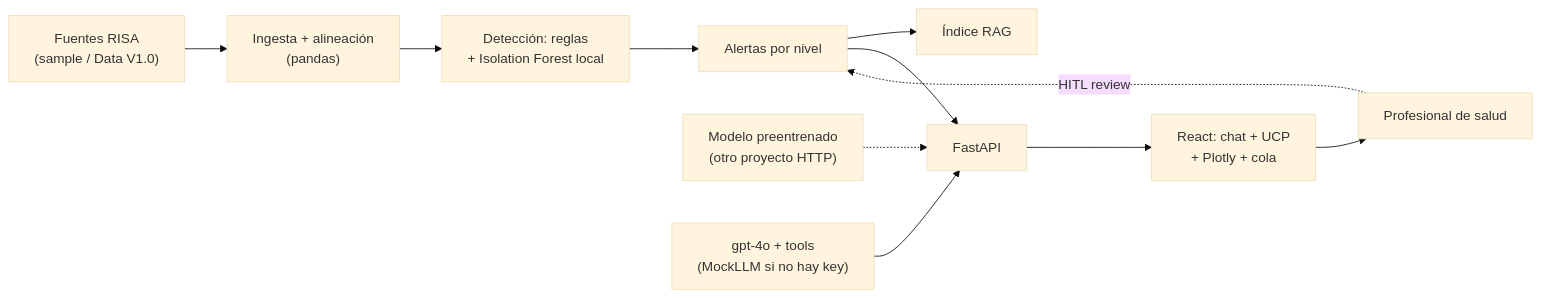
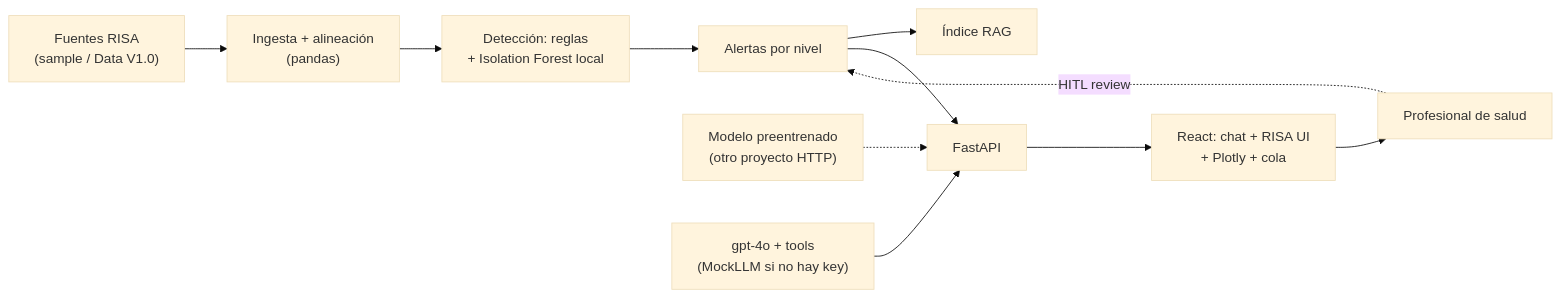
One commit to JEFRY200307/Hackathon-Internacional-IA changed the second of 2 diagrams in docs/arquitectura.md. Above: the diagram before and after it, drawn with Mermaid (base theme). The commit also changed other lines of this file and 32 other files, not shown here.

````diff
--- a/docs/arquitectura.md
+++ b/docs/arquitectura.md
@@ -85,13 +85,13 @@
 ```mermaid
 flowchart LR
     A["Fuentes RISA\n(sample / Data V1.0)"] --> B["Ingesta + alineación\n(pandas)"]
     B --> E["Detección: reglas\n+ Isolation Forest local"]
     E --> F["Alertas por nivel"]
     F --> RAG["Índice RAG"]
     F --> API["FastAPI"]
     M["Modelo preentrenado\n(otro proyecto HTTP)"] -.-> API
     LLM["gpt-4o + tools\n(MockLLM si no hay key)"] --> API
-    API --> UI["React: chat + UCP\n+ Plotly + cola"]
+    API --> UI["React: chat + RISA UI\n+ Plotly + cola"]
     UI --> I["Profesional de salud"]
     I -.->|"HITL review"| F
 ```
````
